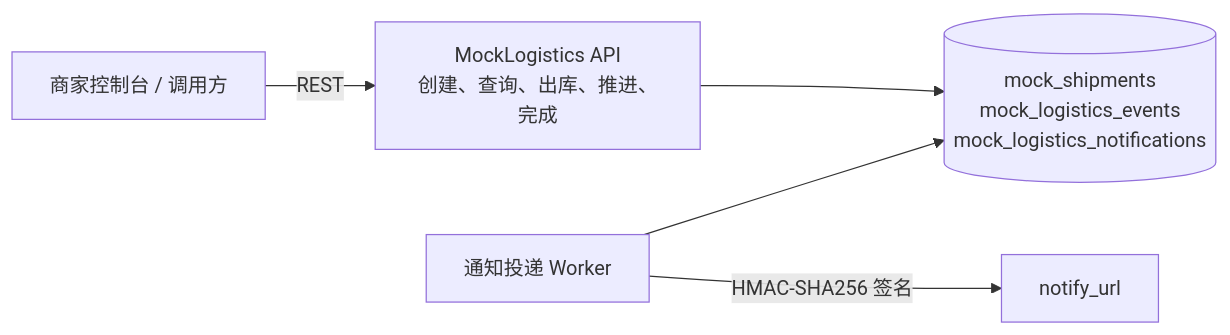
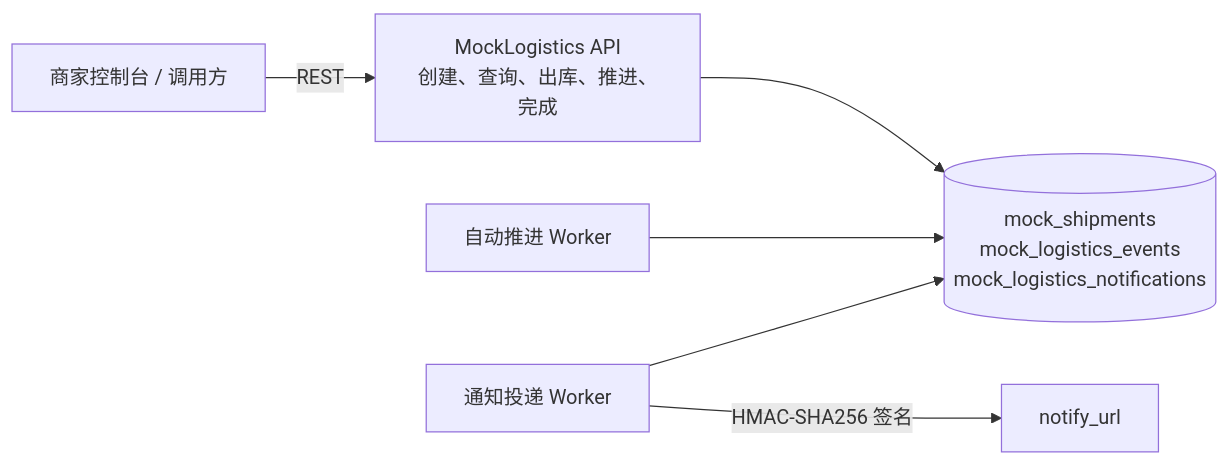
The fifth of 5 diagrams in architecture.md (QingKong996/pinshaoshao), drawn with Mermaid before and after one commit. The commit also changed other lines of this file and 16 other files, not shown here.

````diff
--- a/architecture.md
+++ b/architecture.md
@@ -178,13 +178,15 @@
 ```mermaid
 flowchart LR
     Merchant[商家控制台 / 调用方]
     API[MockLogistics API<br/>创建、查询、出库、推进、完成]
     DB[(mock_shipments<br/>mock_logistics_events<br/>mock_logistics_notifications)]
+    Progress[自动推进 Worker]
     Notifier[通知投递 Worker]
     Receiver[notify_url]
 
     Merchant -->|REST| API
     API --> DB
+    Progress --> DB
     Notifier --> DB
     Notifier -->|HMAC-SHA256 签名| Receiver
 ```
````
